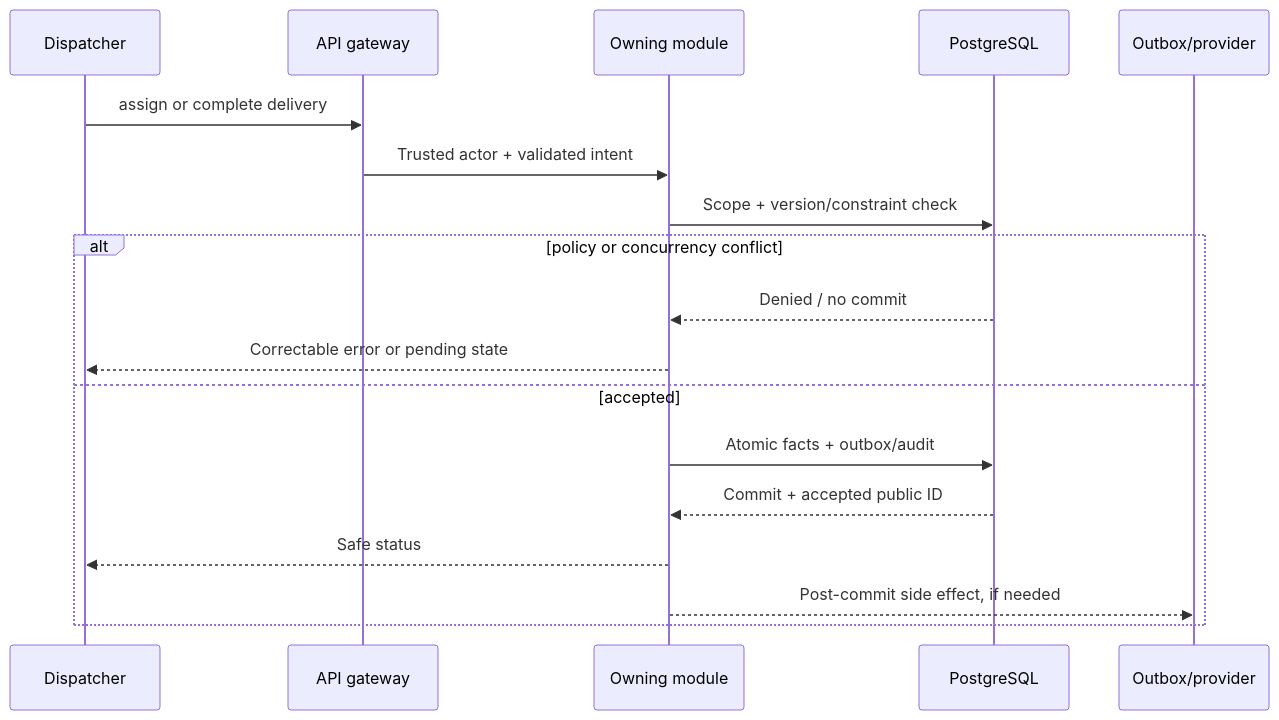
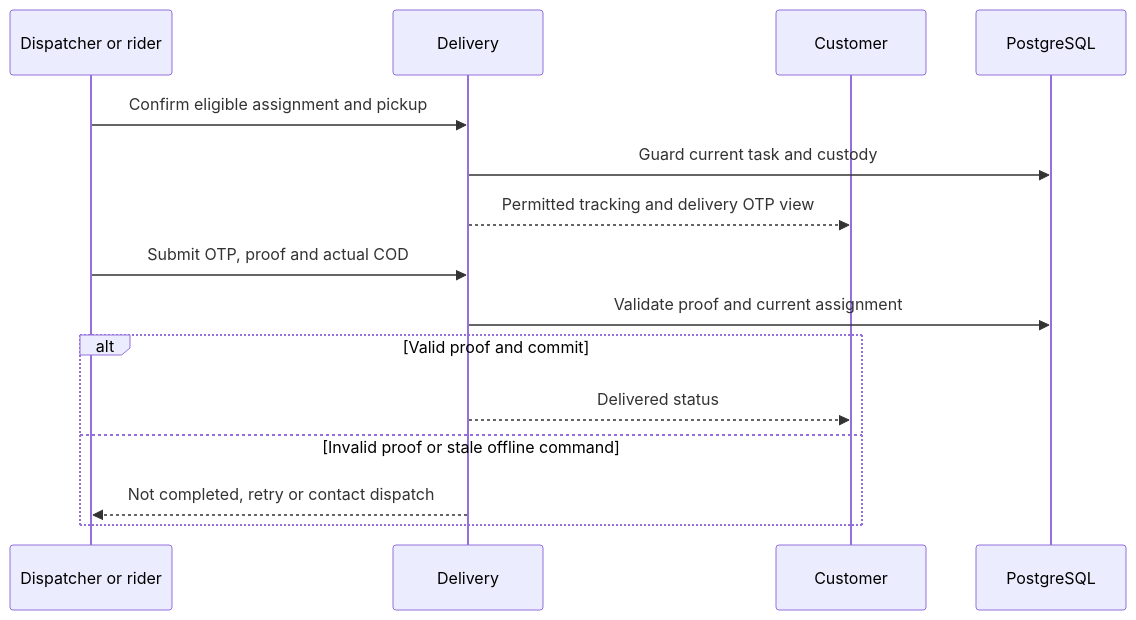
The diagram in 06-Workflows/WF-008-Rider-Assignment-and-POD.md (shiladityamajumder/pharmville-docs), drawn with Mermaid before and after one commit. The commit also changed other lines of this file and 158 other files, not shown here.

Commit message:
docs: add business guides, fix Mermaid diagrams, improve traceability and automate validation

````diff
--- a/06-Workflows/WF-008-Rider-Assignment-and-POD.md
+++ b/06-Workflows/WF-008-Rider-Assignment-and-POD.md
@@ -31,20 +27,17 @@
 ```mermaid
 sequenceDiagram
-  participant A as Dispatcher
-  participant API as API gateway
-  participant O as Owning module
-  participant PG as PostgreSQL
-  participant P as Outbox/provider
-  A->>API: assign or complete delivery
-  API->>O: Trusted actor + validated intent
-  O->>PG: Scope + version/constraint check
-  alt policy or concurrency conflict
-    PG-->>O: Denied / no commit
-    O-->>A: Correctable error or pending state
-  else accepted
-    O->>PG: Atomic facts + outbox/audit
-    PG-->>O: Commit + accepted public ID
-    O-->>A: Safe status
-    O-->>P: Post-commit side effect, if needed
+  participant C as Dispatcher or rider
+  participant O as Delivery
+  participant S as Customer
+  participant D as PostgreSQL
+  C->>O: Confirm eligible assignment and pickup
+  O->>D: Guard current task and custody
+  O-->>S: Permitted tracking and delivery OTP view
+  C->>O: Submit OTP, proof and actual COD
+  O->>D: Validate proof and current assignment
+  alt Valid proof and commit
+    O-->>S: Delivered status
+  else Invalid proof or stale offline command
+    O-->>C: Not completed, retry or contact dispatch
   end
 ```
````
